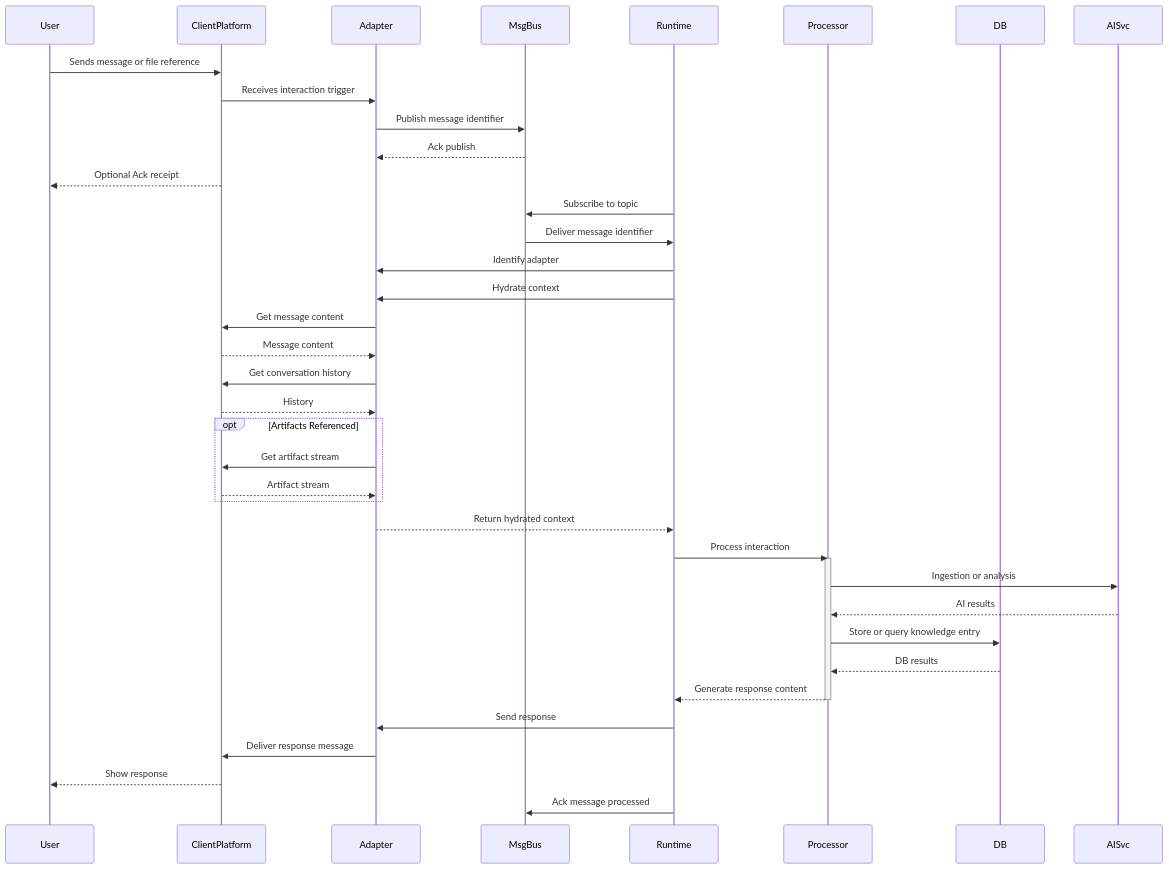
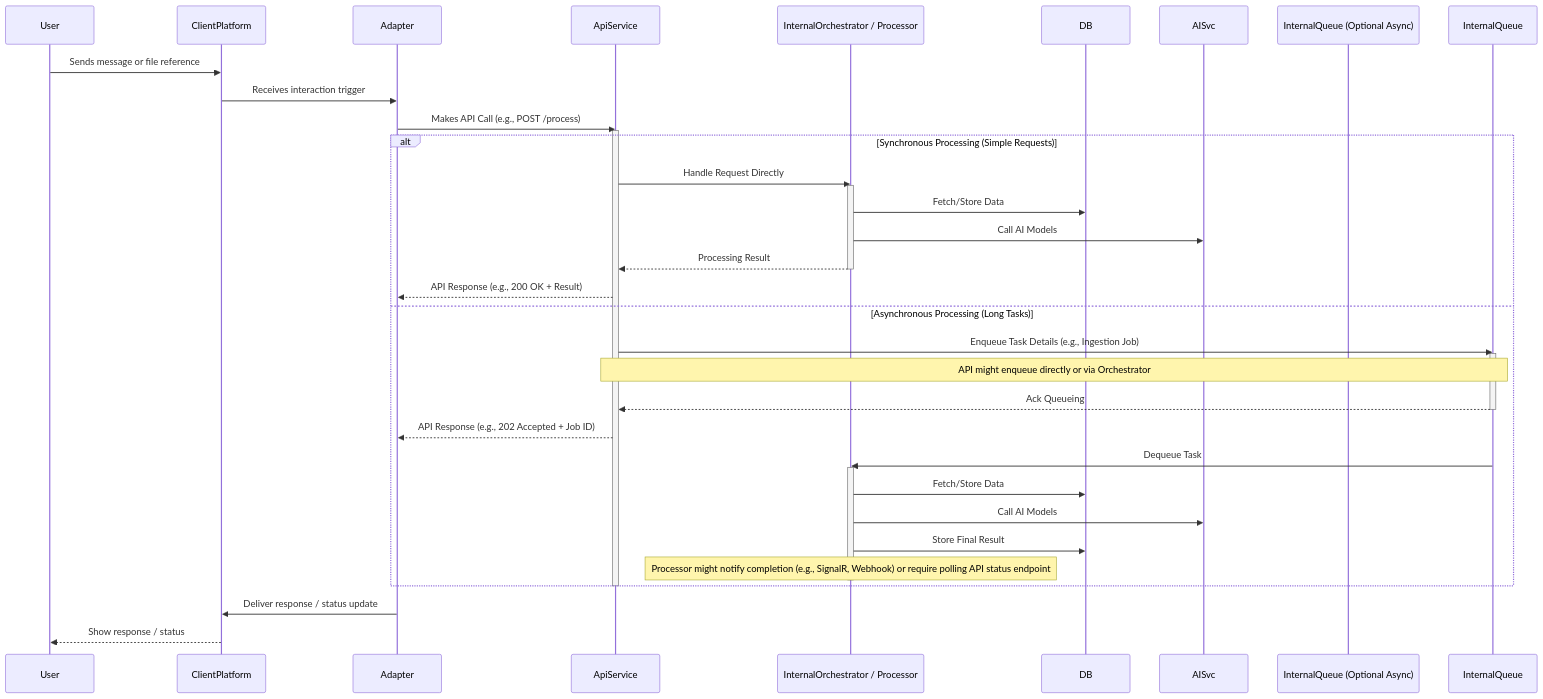
Before and after one commit to jfjordanfarr/Nucleus: the first of 2 diagrams in Docs/Architecture/01_ARCHITECTURE_PROCESSING.md, drawn with Mermaid. The commit also changed other lines of this file and 168 other files, not shown here.

Commit message:
Namespace reorganization, first integration tests, API-first architecture

````diff
--- a/Docs/Architecture/01_ARCHITECTURE_PROCESSING.md
+++ b/Docs/Architecture/01_ARCHITECTURE_PROCESSING.md
@@ -42,45 +42,47 @@
 ```mermaid
 sequenceDiagram
     participant User
     participant ClientPlatform
     participant Adapter
-    participant MsgBus
-    participant Runtime
-    participant Processor
+    participant ApiService
+    participant InternalOrchestrator / Processor
     participant DB
     participant AISvc
+    participant InternalQueue (Optional Async)
 
     User->>ClientPlatform: Sends message or file reference
     ClientPlatform->>Adapter: Receives interaction trigger
-    Adapter->>MsgBus: Publish message identifier
-    MsgBus-->>Adapter: Ack publish
-    ClientPlatform-->>User: Optional Ack receipt
+    Adapter->>ApiService: Makes API Call (e.g., POST /process)
+    activate ApiService
 
-    Runtime->>MsgBus: Subscribe to topic
-    MsgBus->>Runtime: Deliver message identifier
-    Runtime->>Adapter: Identify adapter
-    Runtime->>Adapter: Hydrate context
-    Adapter->>ClientPlatform: Get message content
-    ClientPlatform-->>Adapter: Message content
-    Adapter->>ClientPlatform: Get conversation history
-    ClientPlatform-->>Adapter: History
-    opt Artifacts Referenced
-        Adapter->>ClientPlatform: Get artifact stream
-        ClientPlatform-->>Adapter: Artifact stream
+    alt Synchronous Processing (Simple Requests)
+        ApiService->>InternalOrchestrator / Processor: Handle Request Directly
+        activate InternalOrchestrator / Processor
+        InternalOrchestrator / Processor->>DB: Fetch/Store Data
+        InternalOrchestrator / Processor->>AISvc: Call AI Models
+        InternalOrchestrator / Processor-->>ApiService: Processing Result
+        deactivate InternalOrchestrator / Processor
+        ApiService-->>Adapter: API Response (e.g., 200 OK + Result)
+    else Asynchronous Processing (Long Tasks)
+        ApiService->>InternalQueue: Enqueue Task Details (e.g., Ingestion Job)
+        activate InternalQueue
+        Note over ApiService, InternalQueue: API might enqueue directly or via Orchestrator
+        InternalQueue-->>ApiService: Ack Queueing
+        deactivate InternalQueue
+        ApiService-->>Adapter: API Response (e.g., 202 Accepted + Job ID)
+
+        %% Background Processing %%
+        InternalQueue->>InternalOrchestrator / Processor: Dequeue Task
+        activate InternalOrchestrator / Processor
+        InternalOrchestrator / Processor->>DB: Fetch/Store Data
+        InternalOrchestrator / Processor->>AISvc: Call AI Models
+        InternalOrchestrator / Processor->>DB: Store Final Result
+        Note over InternalOrchestrator / Processor: Processor might notify completion (e.g., SignalR, Webhook) or require polling API status endpoint
+        deactivate InternalOrchestrator / Processor
     end
-    Adapter-->>Runtime: Return hydrated context
+    deactivate ApiService
 
-    Runtime->>Processor: Process interaction
-    activate Processor
-    Processor->>AISvc: Ingestion or analysis
-    AISvc-->>Processor: AI results
-    Processor->>DB: Store or query knowledge entry
-    DB-->>Processor: DB results
-    Processor-->>Runtime: Generate response content
-    deactivate Processor
+    Adapter->>ClientPlatform: Deliver response / status update
+    ClientPlatform-->>User: Show response / status
 
-    Runtime->>Adapter: Send response
-    Adapter->>ClientPlatform: Deliver response message
-    ClientPlatform-->>User: Show response
-    Runtime->>MsgBus: Ack message processed
 ```
````
